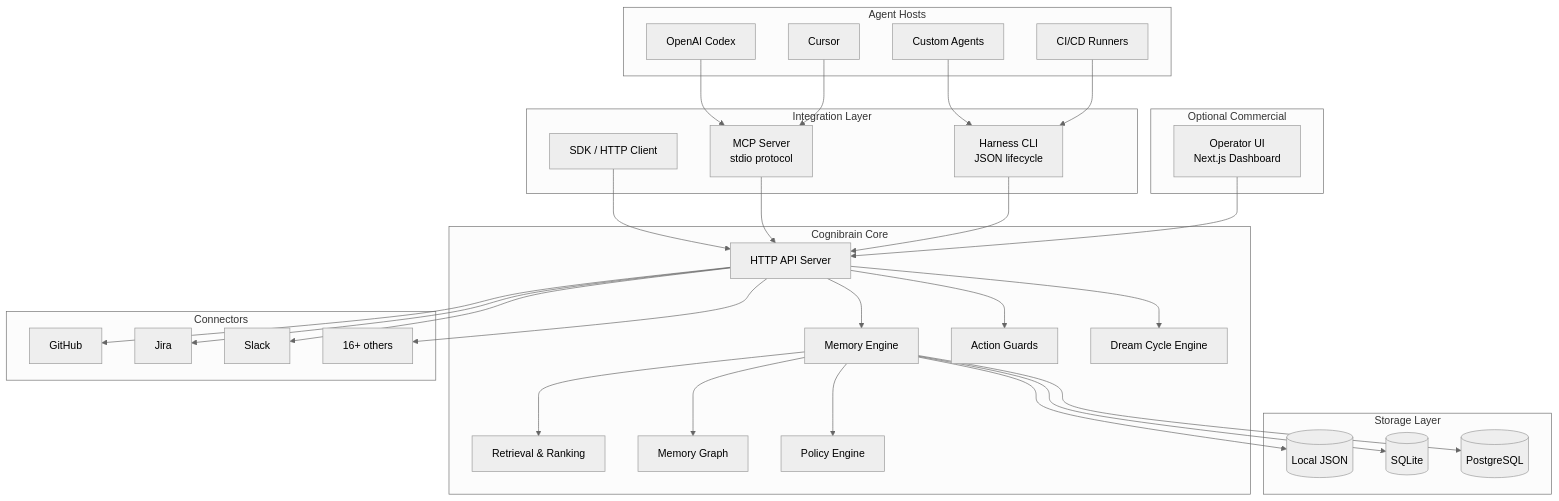
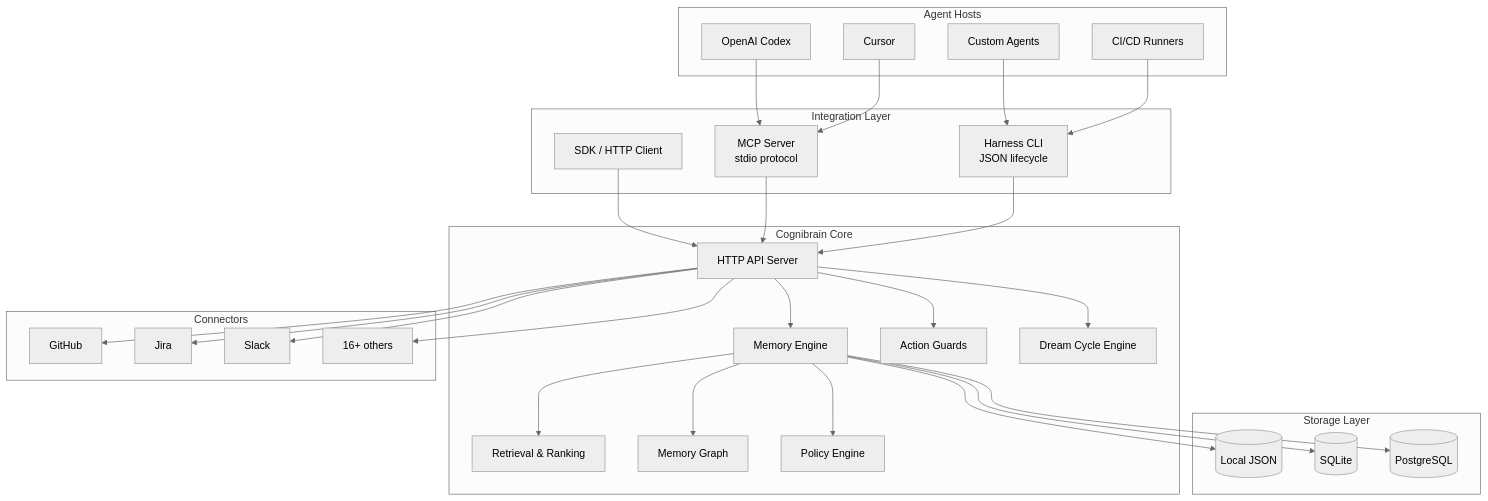
One commit to cognilabz/cognibrain changed the first of 3 diagrams in docs/concepts/architecture.md. Above: the diagram before and after it, drawn with Mermaid (neutral theme). The commit also changed other lines of this file and 90 other files, not shown here.

````diff
--- a/docs/concepts/architecture.md
+++ b/docs/concepts/architecture.md
@@ -7,68 +7,62 @@
 ```mermaid
 graph TB
     subgraph "Agent Hosts"
         Codex[OpenAI Codex]
         Cursor[Cursor]
         Custom[Custom Agents]
         CI[CI/CD Runners]
     end
 
     subgraph "Integration Layer"
         MCP[MCP Server<br/>stdio protocol]
         HarnessCLI[Harness CLI<br/>JSON lifecycle]
         SDK[SDK / HTTP Client]
     end
 
     subgraph "Cognibrain Core"
         API[HTTP API Server]
         MemEngine[Memory Engine]
         Retrieval[Retrieval & Ranking]
         Graph[Memory Graph]
         Policy[Policy Engine]
         Guards[Action Guards]
         Dream[Dream Cycle Engine]
     end
 
     subgraph "Storage Layer"
         LocalJSON[(Local JSON)]
         SQLite[(SQLite)]
         Postgres[(PostgreSQL)]
     end
 
     subgraph "Connectors"
         GH[GitHub]
         Jira[Jira]
         Slack[Slack]
         More[16+ others]
     end
 
-    subgraph "Optional Commercial"
-        OpUI[Operator UI<br/>Next.js Dashboard]
-    end
-
     Codex --> MCP
     Cursor --> MCP
     Custom --> HarnessCLI
     CI --> HarnessCLI
     SDK --> API
 
     MCP --> API
     HarnessCLI --> API
 
     API --> MemEngine
     API --> Guards
     API --> Dream
     MemEngine --> Retrieval
     MemEngine --> Graph
     MemEngine --> Policy
     MemEngine --> LocalJSON
     MemEngine --> SQLite
     MemEngine --> Postgres
 
     API --> GH
     API --> Jira
     API --> Slack
     API --> More
-
-    OpUI --> API
 ```
````
